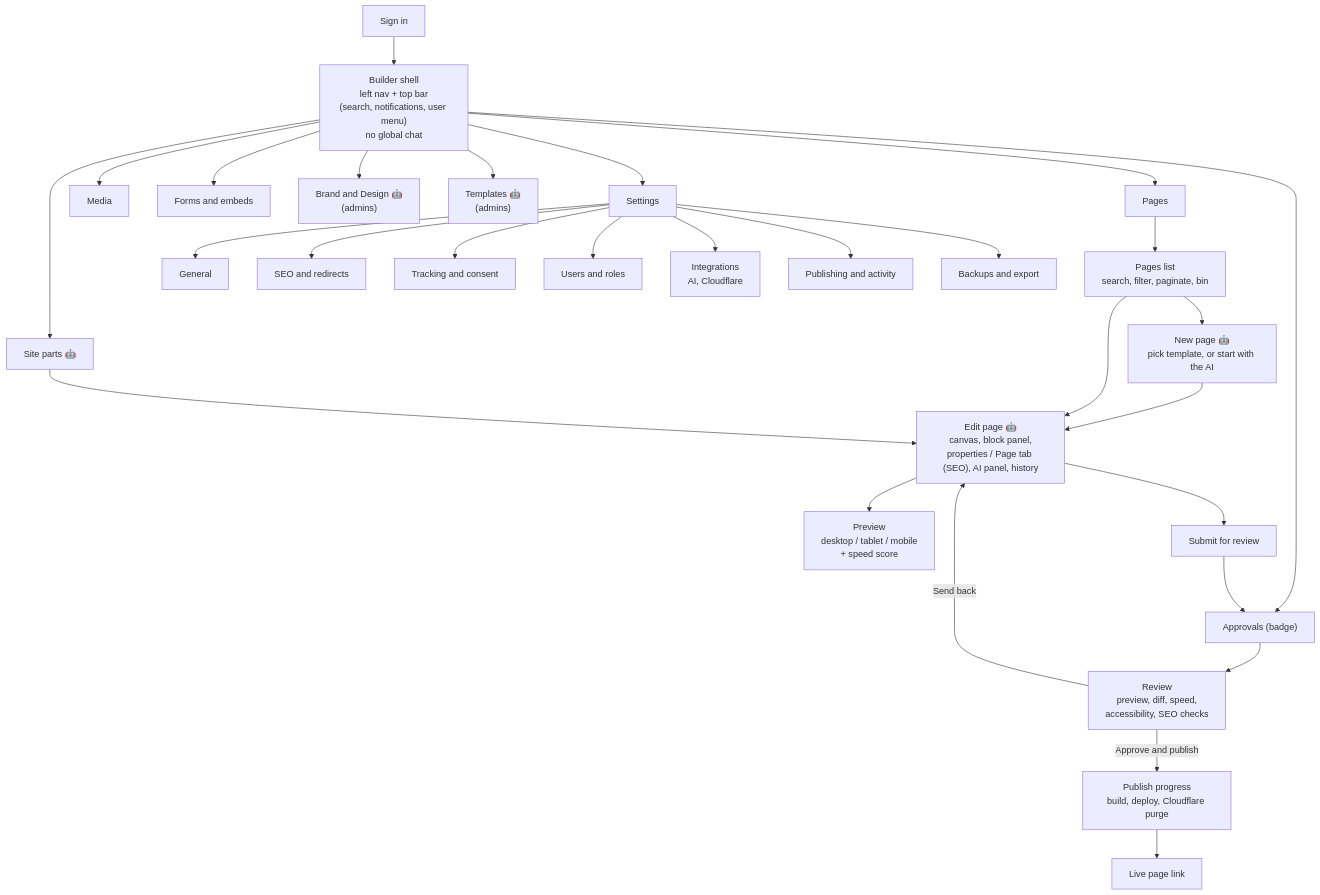
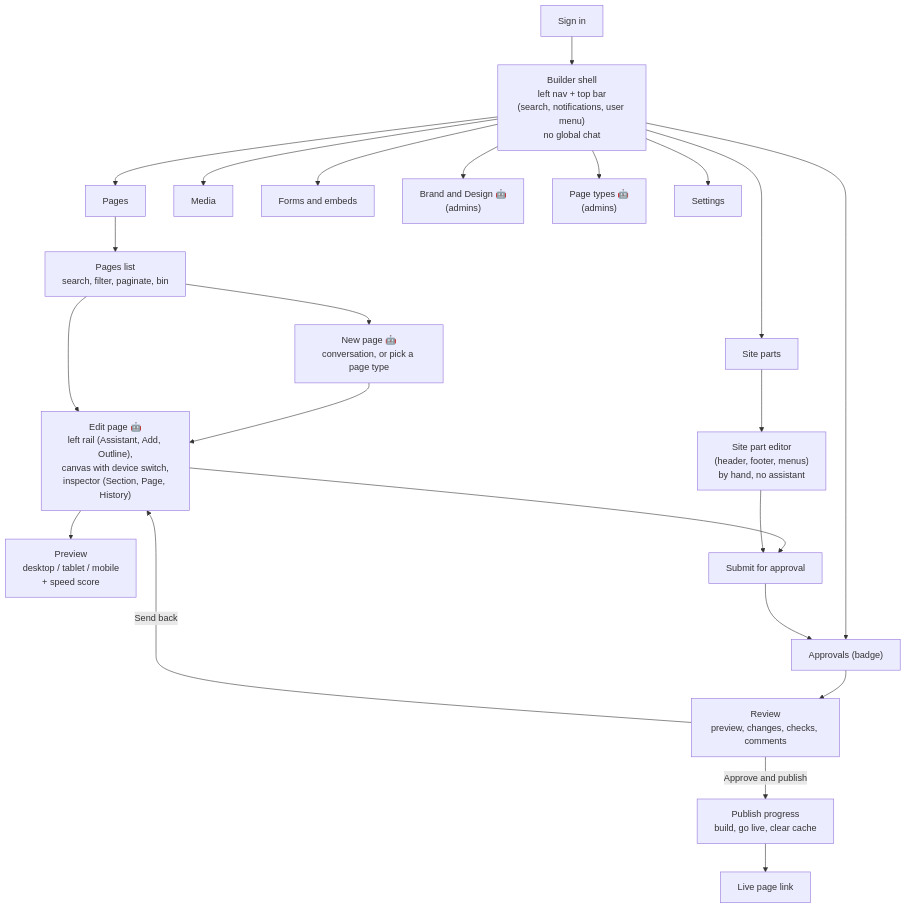
Before and after one commit to unkn0wn1/sitebuilder: the diagram in docs/04-gui.md, drawn with Mermaid. The commit also changed other lines of this file and 13 other files, not shown here.

Commit message:
Docs: fold v1 decisions into existing docs, fix contradictions, rework GUI doc, verify Cloudflare purge plans

````diff
--- a/docs/04-gui.md
+++ b/docs/04-gui.md
@@ -11,33 +41,26 @@
 ```mermaid
 flowchart TD
   Login["Sign in"] --> Shell["Builder shell<br/>left nav + top bar<br/>(search, notifications, user menu)<br/>no global chat"]
   Shell --> Pages["Pages"]
-  Shell --> Parts["Site parts 🤖"]
+  Shell --> Parts["Site parts"]
   Shell --> Media["Media"]
   Shell --> Forms["Forms and embeds"]
   Shell --> Approvals["Approvals (badge)"]
   Shell --> Brand["Brand and Design 🤖<br/>(admins)"]
-  Shell --> Templates["Templates 🤖<br/>(admins)"]
+  Shell --> Templates["Page types 🤖<br/>(admins)"]
   Shell --> Settings["Settings"]
 
   Pages --> List["Pages list<br/>search, filter, paginate, bin"]
-  List --> NewPage["New page 🤖<br/>pick template, or start with the AI"]
-  NewPage --> Editor["Edit page 🤖<br/>canvas, block panel,<br/>properties / Page tab (SEO), AI panel, history"]
+  List --> NewPage["New page 🤖<br/>conversation, or pick a page type"]
+  NewPage --> Editor["Edit page 🤖<br/>left rail (Assistant, Add, Outline),<br/>canvas with device switch,<br/>inspector (Section, Page, History)"]
   List --> Editor
-  Parts --> Editor
+  Parts --> PartEditor["Site part editor<br/>(header, footer, menus)<br/>by hand, no assistant"]
   Editor --> Preview["Preview<br/>desktop / tablet / mobile<br/>+ speed score"]
-  Editor --> Submit["Submit for review"]
+  Editor --> Submit["Submit for approval"]
+  PartEditor --> Submit
   Submit --> Approvals
-  Approvals --> Review["Review<br/>preview, diff, speed,<br/>accessibility, SEO checks"]
-  Review -->|Approve and publish| Publish["Publish progress<br/>build, deploy, Cloudflare purge"]
+  Approvals --> Review["Review<br/>preview, changes, checks, comments"]
+  Review -->|Approve and publish| Publish["Publish progress<br/>build, go live, clear cache"]
   Review -->|Send back| Editor
   Publish --> Live["Live page link"]
-
-  Settings --> SGeneral["General"]
-  Settings --> SSEO["SEO and redirects"]
-  Settings --> STracking["Tracking and consent"]
-  Settings --> SUsers["Users and roles"]
-  Settings --> SInteg["Integrations<br/>AI, Cloudflare"]
-  Settings --> SPub["Publishing and activity"]
-  Settings --> SBackups["Backups and export"]
 ```
````
